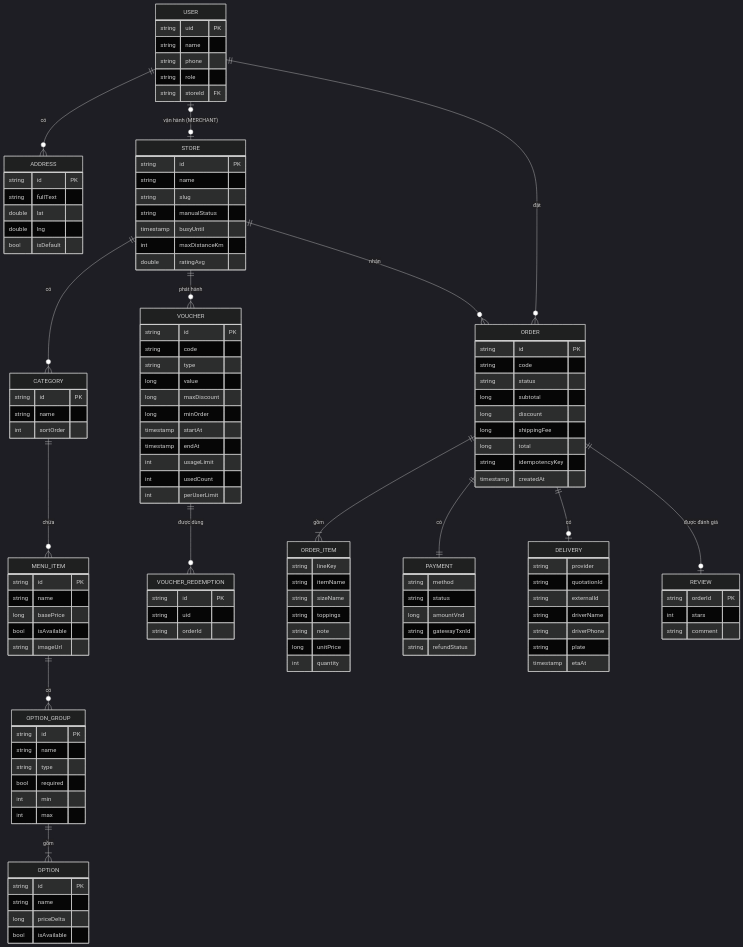
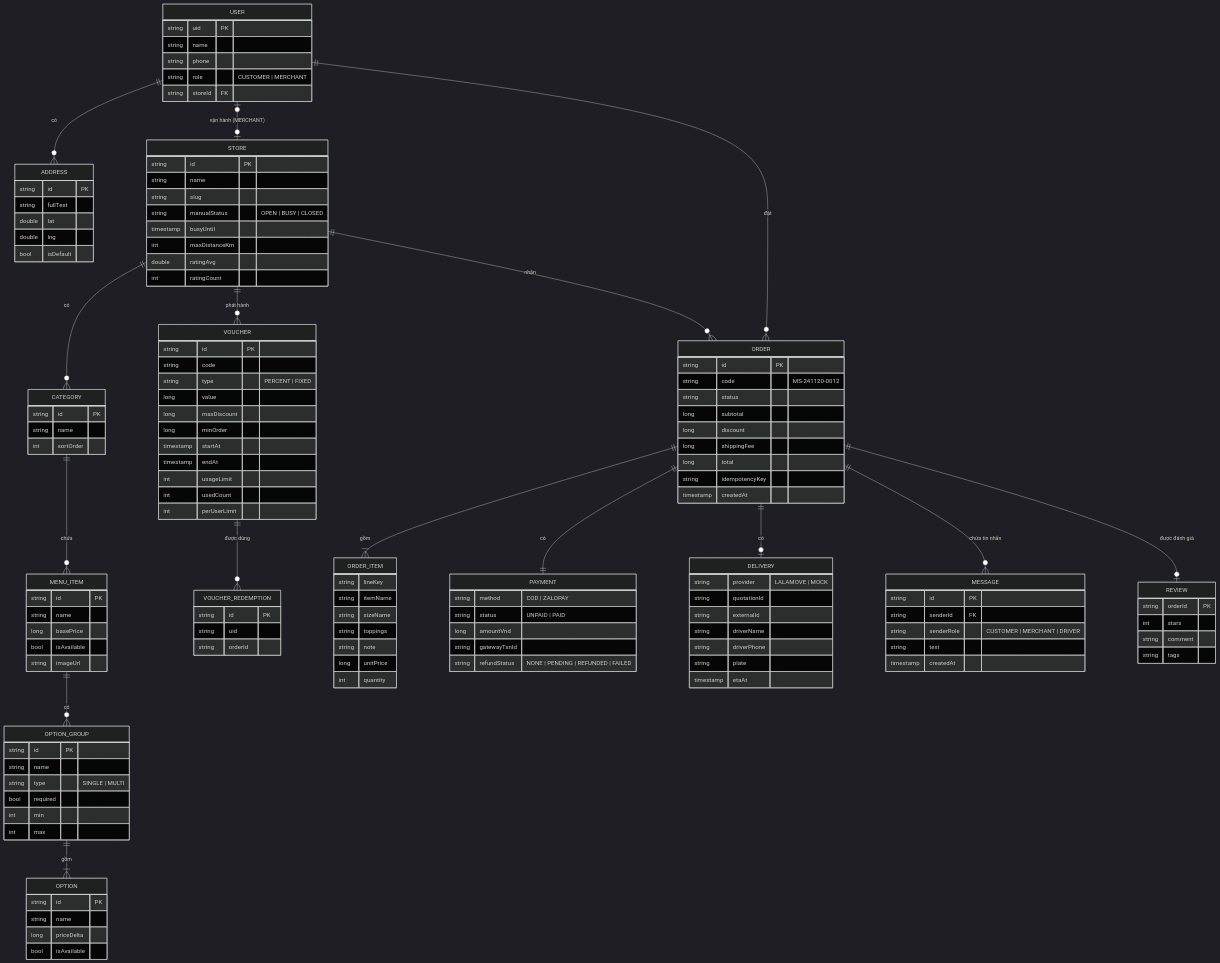
One commit to thanhpino/MobileAppFinalProject-MiaoSong changed the fourth of 10 diagrams in docs/06-state-data-class.md. Above: the diagram before and after it, drawn with Mermaid (dark theme). The commit also changed other lines of this file and 51 other files, not shown here.

Commit message:
- completed class diagrams - completed activity diagrams - completed use case diagrams - completed test plans - adjusted the sequence diagrams from TMT after changing from vnpay to zalopay, and ggmap to openstreetmap

````diff
--- a/docs/06-state-data-class.md
+++ b/docs/06-state-data-class.md
@@ -93,13 +104,14 @@
     ORDER ||--|{ ORDER_ITEM : "gồm"
     ORDER ||--|| PAYMENT : "có"
     ORDER ||--o| DELIVERY : "có"
+    ORDER ||--o{ MESSAGE : "chứa tin nhắn"
     ORDER ||--o| REVIEW : "được đánh giá"
 
     USER {
         string uid PK
         string name
         string phone
-        string role
+        string role "CUSTOMER | MERCHANT"
         string storeId FK
     }
     ADDRESS {
@@ -113,10 +125,11 @@
         string id PK
         string name
         string slug
-        string manualStatus
+        string manualStatus "OPEN | BUSY | CLOSED"
         timestamp busyUntil
         int maxDistanceKm
         double ratingAvg
+        int ratingCount
     }
     CATEGORY {
         string id PK
@@ -133,7 +146,7 @@
     OPTION_GROUP {
         string id PK
         string name
-        string type
+        string type "SINGLE | MULTI"
         bool required
         int min
         int max
@@ -147,7 +160,7 @@
     VOUCHER {
         string id PK
         string code
-        string type
+        string type "PERCENT | FIXED"
         long value
         long maxDiscount
         long minOrder
@@ -164,7 +177,7 @@
     }
     ORDER {
         string id PK
-        string code
+        string code "MS-241120-0012"
         string status
         long subtotal
         long discount
@@ -183,14 +196,14 @@
         int quantity
     }
     PAYMENT {
-        string method
-        string status
+        string method "COD | ZALOPAY"
+        string status "UNPAID | PAID"
         long amountVnd
         string gatewayTxnId
-        string refundStatus
+        string refundStatus "NONE | PENDING | REFUNDED | FAILED"
     }
     DELIVERY {
-        string provider
+        string provider "LALAMOVE | MOCK"
         string quotationId
         string externalId
         string driverName
@@ -198,9 +211,17 @@
         string plate
         timestamp etaAt
     }
+    MESSAGE {
+        string id PK
+        string senderId FK
+        string senderRole "CUSTOMER | MERCHANT | DRIVER"
+        string text
+        timestamp createdAt
+    }
     REVIEW {
         string orderId PK
         int stars
         string comment
+        string tags
     }
 ```
````
